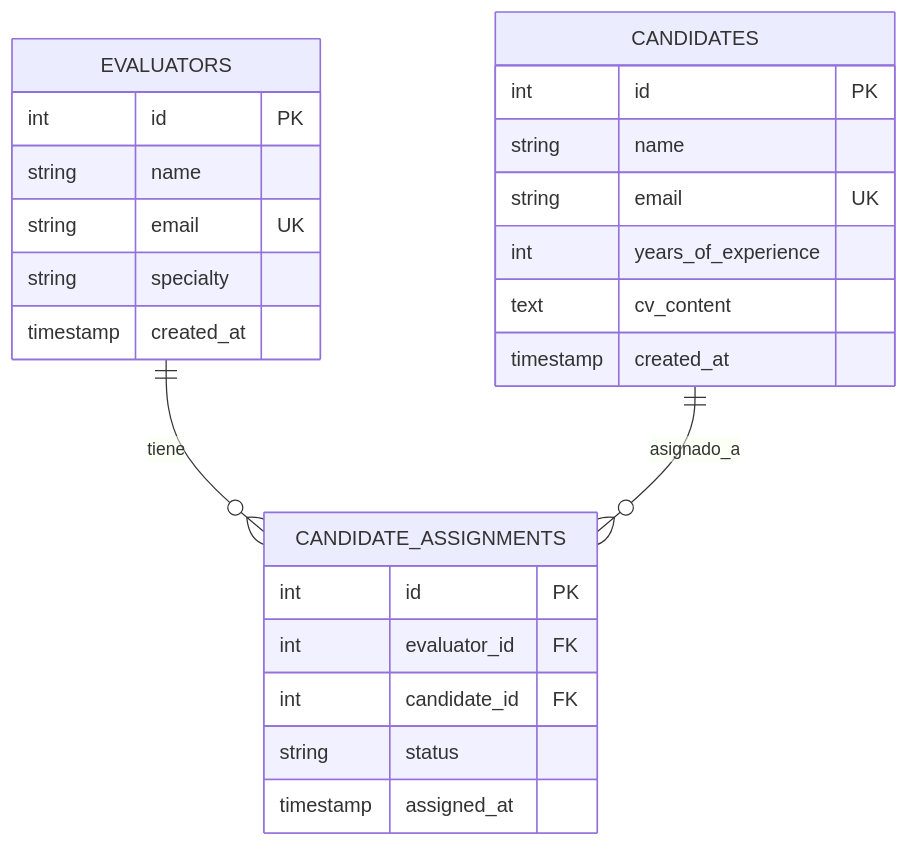
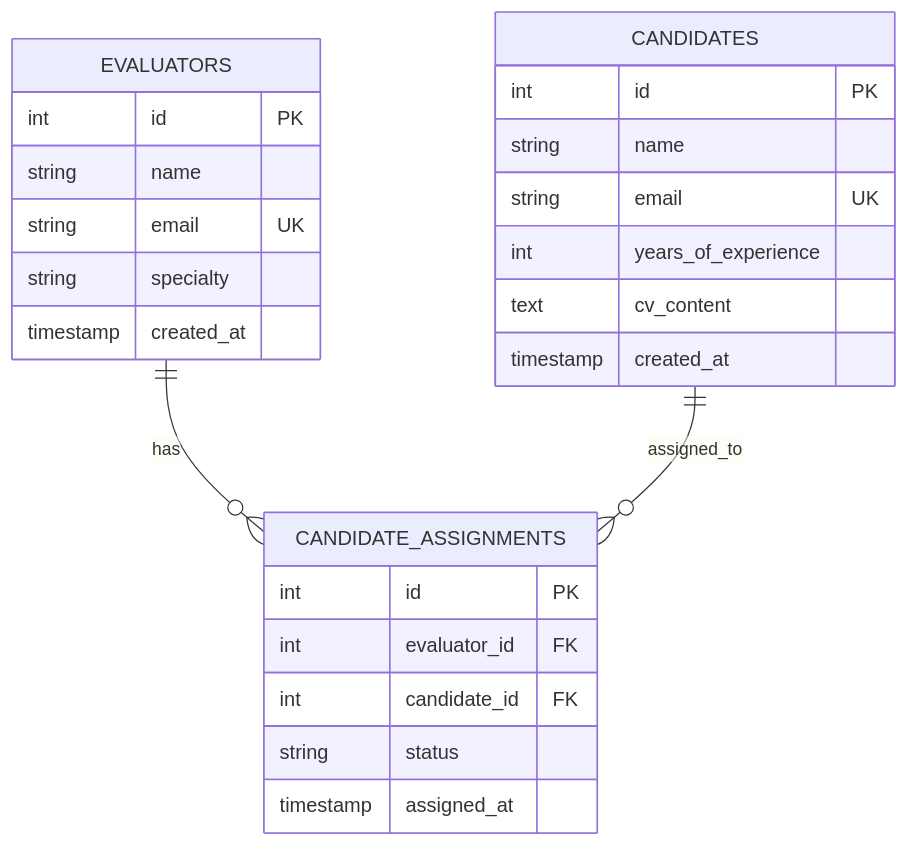
Before and after one commit to CristianLopez29/manage-applications-and-evaluators: the second of 2 diagrams in README.md, drawn with Mermaid. The commit also changed other lines of this file, not shown here.

````diff
--- a/README.md
+++ b/README.md
@@ -427,30 +428,30 @@
 ```mermaid
 erDiagram
-    EVALUATORS ||--o{ CANDIDATE_ASSIGNMENTS : "tiene"
-    CANDIDATES ||--o{ CANDIDATE_ASSIGNMENTS : "asignado_a"
+    EVALUATORS ||--o{ CANDIDATE_ASSIGNMENTS : "has"
+    CANDIDATES ||--o{ CANDIDATE_ASSIGNMENTS : "assigned_to"
     
     EVALUATORS {
         int id PK
         string name
         string email UK
         string specialty
         timestamp created_at
     }
     
     CANDIDATES {
         int id PK
         string name
         string email UK
         int years_of_experience
         text cv_content
         timestamp created_at
     }
     
     CANDIDATE_ASSIGNMENTS {
         int id PK
         int evaluator_id FK
         int candidate_id FK
         string status
         timestamp assigned_at
     }
 ```
````
